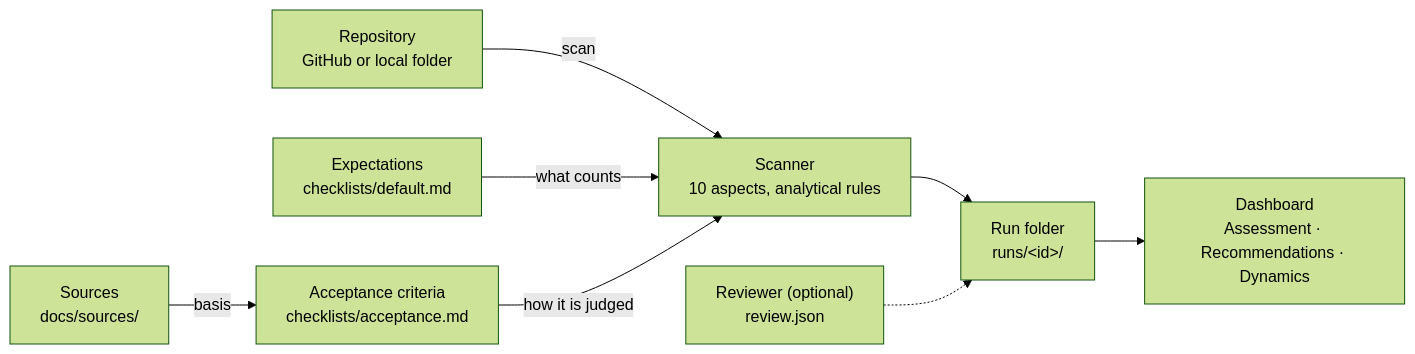
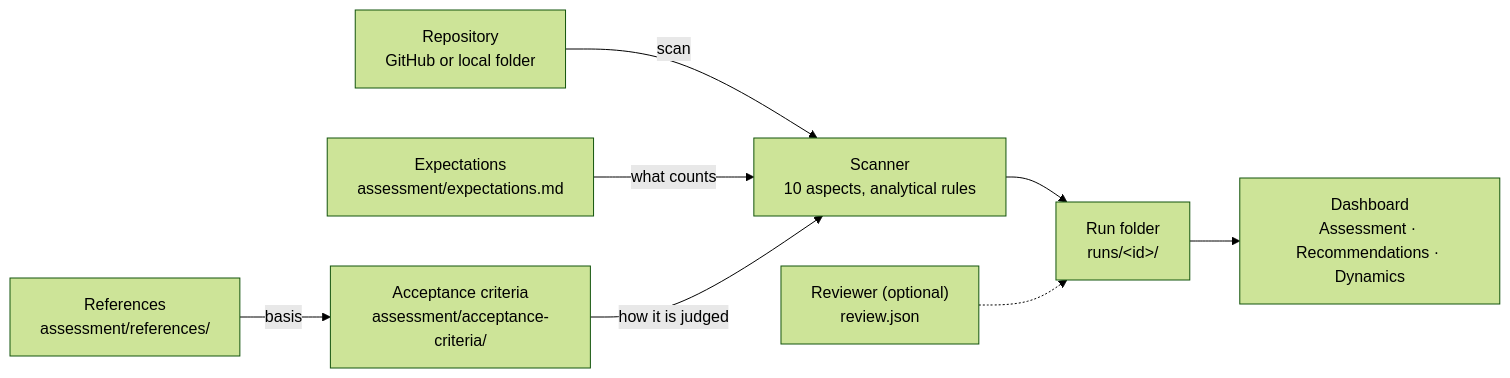
The diagram in README.md (dryabokon/SDLC360), drawn with Mermaid (forest theme) before and after one commit. The commit also changed other lines of this file and 89 other files, not shown here.

First line of the commit message:
Restructure: one assessment/ folder people edit, readable acceptance criteria, fewer root files

````diff
--- a/README.md
+++ b/README.md
@@ -116,10 +117,10 @@
 ```mermaid
 flowchart LR
     R["Repository<br/>GitHub or local folder"] -->|scan| S["Scanner<br/>10 aspects, analytical rules"]
-    E["Expectations<br/>checklists/default.md"] -->|what counts| S
-    A["Acceptance criteria<br/>checklists/acceptance.md"] -->|how it is judged| S
-    Src["Sources<br/>docs/sources/"] -->|basis| A
+    E["Expectations<br/>assessment/expectations.md"] -->|what counts| S
+    A["Acceptance criteria<br/>assessment/acceptance-criteria/"] -->|how it is judged| S
+    Src["References<br/>assessment/references/"] -->|basis| A
     S --> Run["Run folder<br/>runs/&lt;id&gt;/"]
     Rev["Reviewer (optional)<br/>review.json"] -.-> Run
     Run --> D["Dashboard<br/>Assessment · Recommendations · Dynamics"]
 ```
````
